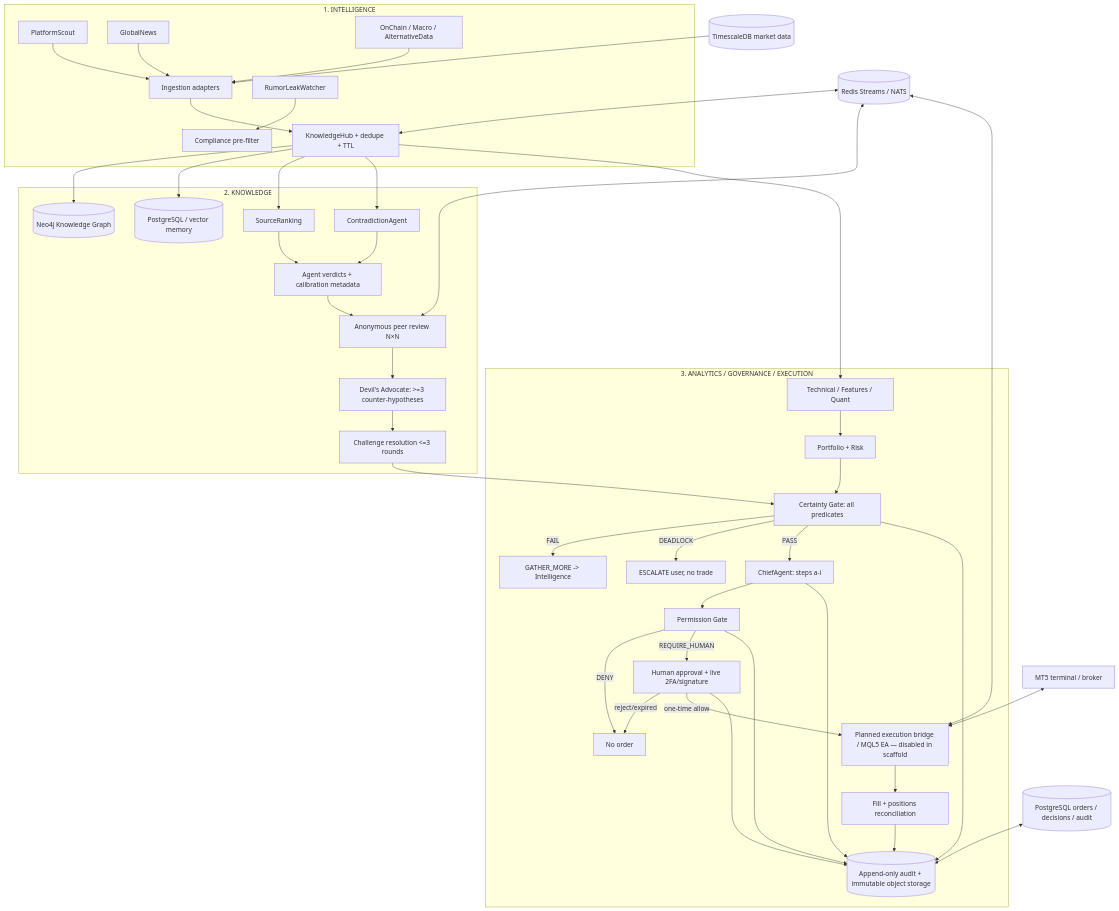
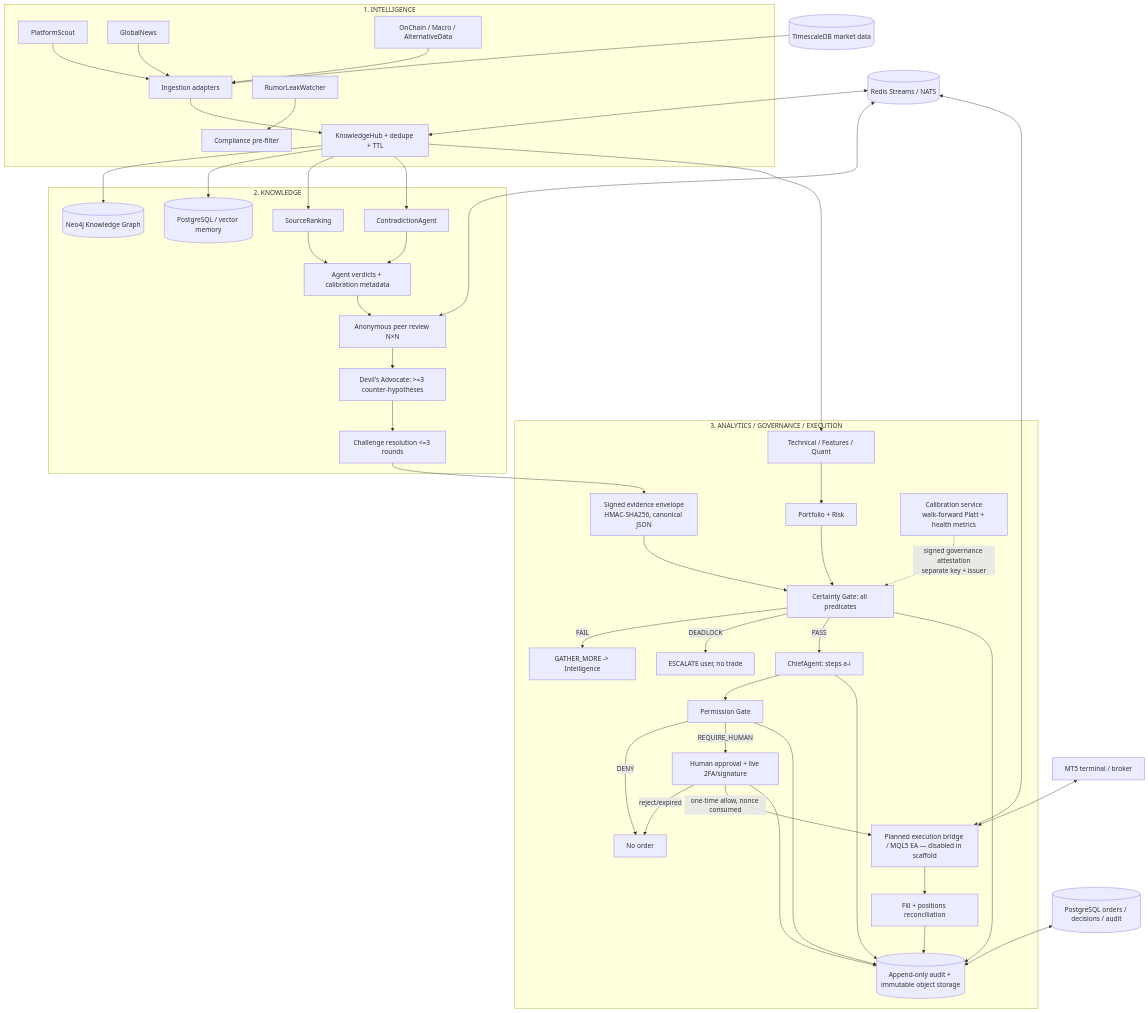
The diagram in docs/architecture.md (paulafanasyev/mt5-critical-consensus), drawn with Mermaid before and after one commit. The commit also changed other lines of this file and 39 other files, not shown here.

First line of the commit message:
Harden trust boundaries, MT5 clock handling and MQL5 bridge safety

````diff
--- a/docs/architecture.md
+++ b/docs/architecture.md
@@ -3,47 +3,49 @@
 ```mermaid
 flowchart TB
   subgraph I[1. INTELLIGENCE]
     PS[PlatformScout] --> ING[Ingestion adapters]
     GN[GlobalNews] --> ING
     RL[RumorLeakWatcher] --> COMP[Compliance pre-filter]
     OC[OnChain / Macro / AlternativeData] --> ING
     ING --> HUB[KnowledgeHub + dedupe + TTL]
   end
   subgraph K[2. KNOWLEDGE]
     HUB --> KG[(Neo4j Knowledge Graph)]
     HUB --> MEM[(PostgreSQL / vector memory)]
     HUB --> SR[SourceRanking]
     HUB --> CT[ContradictionAgent]
     SR --> VER[Agent verdicts + calibration metadata]
     CT --> VER
     VER --> PR[Anonymous peer review N×N]
     PR --> DA[Devil's Advocate: >=3 counter-hypotheses]
     DA --> CR[Challenge resolution <=3 rounds]
   end
   subgraph A[3. ANALYTICS / GOVERNANCE / EXECUTION]
     HUB --> TA[Technical / Features / Quant]
     TA --> RM[Portfolio + Risk]
-    CR --> CG[Certainty Gate: all predicates]
+    CR --> EV[Signed evidence envelope<br/>HMAC-SHA256, canonical JSON]
+    EV --> CG[Certainty Gate: all predicates]
+    CAL[Calibration service<br/>walk-forward Platt + health metrics] -.->|signed governance attestation<br/>separate key + issuer| CG
     RM --> CG
     CG -->|FAIL| GM[GATHER_MORE -> Intelligence]
     CG -->|DEADLOCK| ESC[ESCALATE user, no trade]
     CG -->|PASS| CH[ChiefAgent: steps a-i]
     CH --> PG[Permission Gate]
     PG -->|DENY| STOP[No order]
     PG -->|REQUIRE_HUMAN| UA[Human approval + live 2FA/signature]
     UA -->|reject/expired| STOP
-    UA -->|one-time allow| EX[Planned execution bridge / MQL5 EA — disabled in scaffold]
+    UA -->|one-time allow, nonce consumed| EX[Planned execution bridge / MQL5 EA — disabled in scaffold]
     EX --> RECON[Fill + positions reconciliation]
     RECON --> AUD[(Append-only audit + immutable object storage)]
     CG --> AUD
     CH --> AUD
     PG --> AUD
     UA --> AUD
   end
   BUS[(Redis Streams / NATS)] <--> HUB
   BUS <--> PR
   BUS <--> EX
   TS[(TimescaleDB market data)] --> ING
   PGDB[(PostgreSQL orders / decisions / audit)] <--> AUD
   MT5[MT5 terminal / broker] <--> EX
 ```
````
